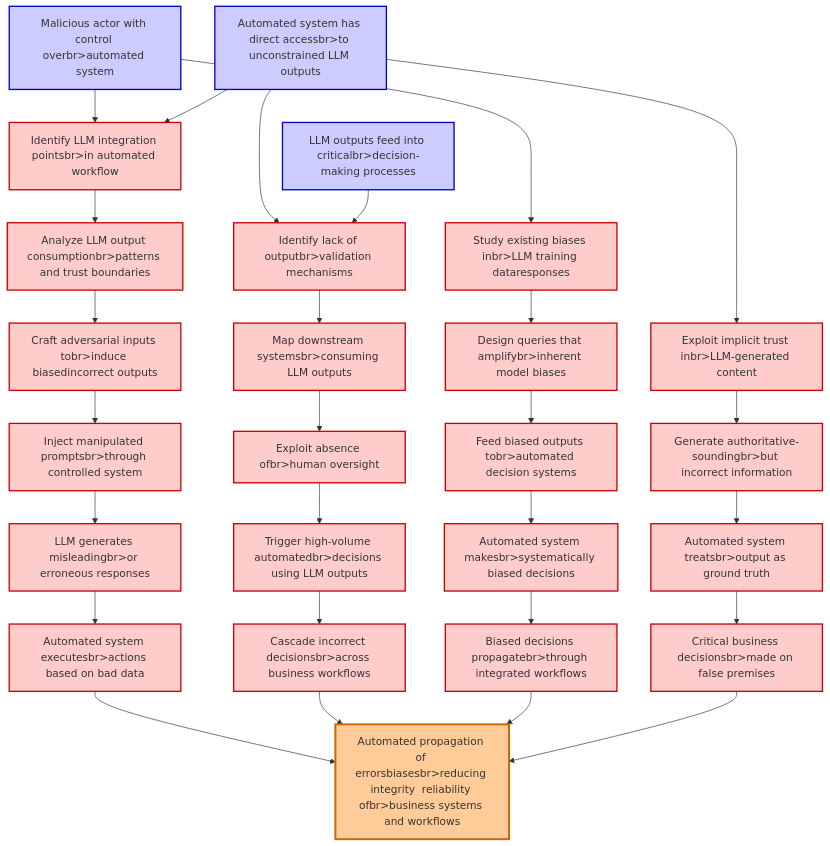
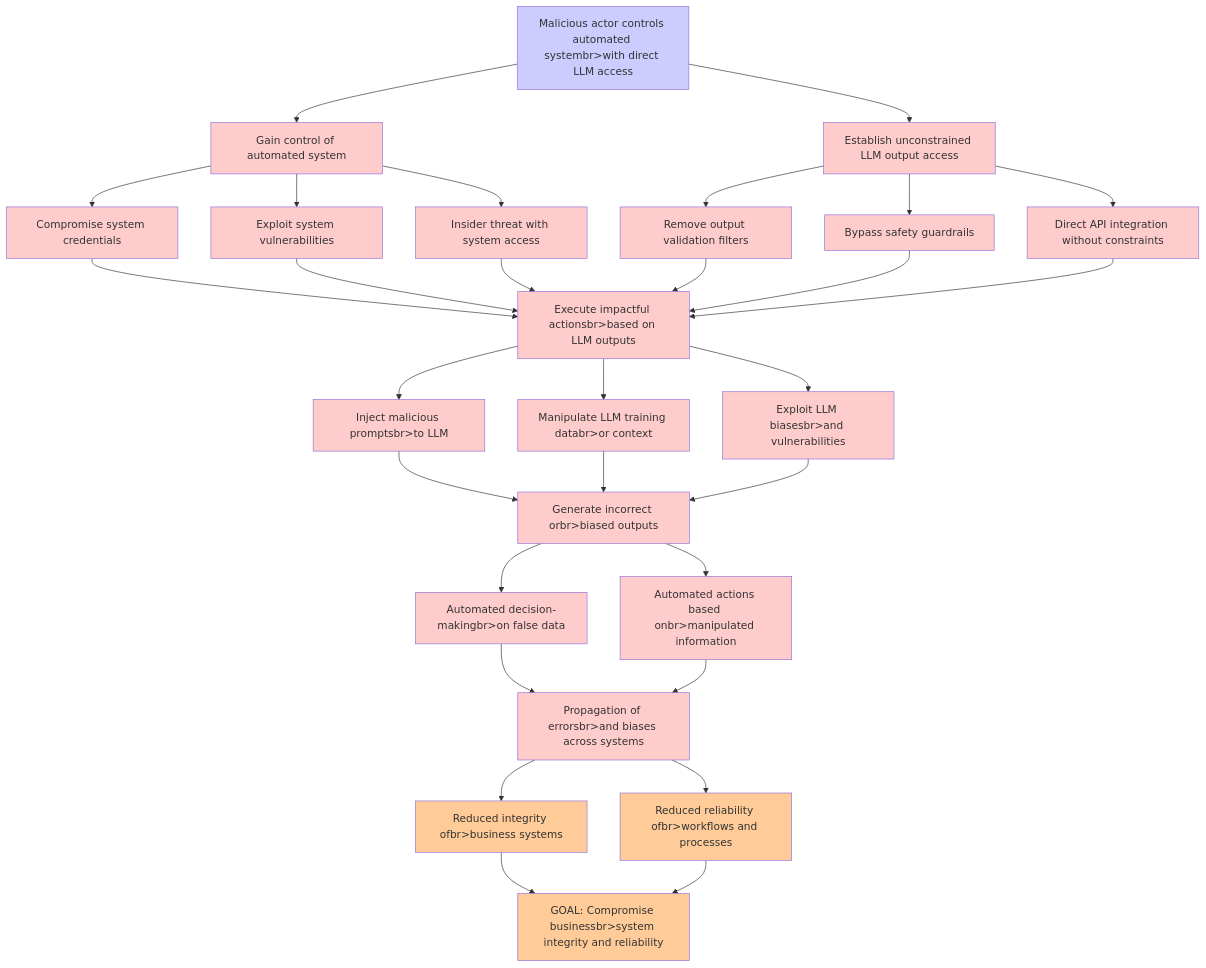
Before and after one commit to aws-samples/sample-agentic-attack-tree-generator: the diagram in sample-applications/genai-chatbot/threatforest/attack_trees/attack_tree_8c24eec4-40be-4f17-888d-f22d37b39724_llm09_misinformation.md, drawn with Mermaid. The commit also changed other lines of this file and 310 other files, not shown here.

````diff
--- a/sample-applications/genai-chatbot/threatforest/attack_trees/attack_tree_8c24eec4-40be-4f17-888d-f22d37b39724_llm09_misinformation.md
+++ b/sample-applications/genai-chatbot/threatforest/attack_trees/attack_tree_8c24eec4-40be-4f17-888d-f22d37b39724_llm09_misinformation.md
@@ -8,46 +8,38 @@
 ```mermaid
 graph TD
-    GOAL[" Automated propagation of errorsbiasesbr>reducing integrity  reliability ofbr>business systems and workflows"]
-    %% Initial Facts/Conditions
-    F1["Malicious actor with control overbr>automated system"]
-    F2["Automated system has direct accessbr>to unconstrained LLM outputs"]
-    F3["LLM outputs feed into criticalbr>decision-making processes"]
-    %% Attack Path 1: Direct Output Manipulation
-    F1 --> A1["Identify LLM integration pointsbr>in automated workflow"]
-    F2 --> A1
-    A1 --> A2["Analyze LLM output consumptionbr>patterns and trust boundaries"]
-    A2 --> A3["Craft adversarial inputs tobr>induce biasedincorrect outputs"]
-    A3 --> A4["Inject manipulated promptsbr>through controlled system"]
-    A4 --> A5["LLM generates misleadingbr>or erroneous responses"]
-    A5 --> A6["Automated system executesbr>actions based on bad data"]
-    A6 --> GOAL
-    %% Attack Path 2: Exploitation of Missing Validation
-    F2 --> B1["Identify lack of outputbr>validation mechanisms"]
-    F3 --> B1
-    B1 --> B2["Map downstream systemsbr>consuming LLM outputs"]
-    B2 --> B3["Exploit absence ofbr>human oversight"]
-    B3 --> B4["Trigger high-volume automatedbr>decisions using LLM outputs"]
-    B4 --> B5["Cascade incorrect decisionsbr>across business workflows"]
-    B5 --> GOAL
-    %% Attack Path 3: Bias Amplification
-    F1 --> C1["Study existing biases inbr>LLM training dataresponses"]
-    C1 --> C2["Design queries that amplifybr>inherent model biases"]
-    C2 --> C3["Feed biased outputs tobr>automated decision systems"]
-    C3 --> C4["Automated system makesbr>systematically biased decisions"]
-    C4 --> C5["Biased decisions propagatebr>through integrated workflows"]
-    C5 --> GOAL
-    %% Attack Path 4: Trust Exploitation
-    F2 --> D1["Exploit implicit trust inbr>LLM-generated content"]
-    D1 --> D2["Generate authoritative-soundingbr>but incorrect information"]
-    D2 --> D3["Automated system treatsbr>output as ground truth"]
-    D3 --> D4["Critical business decisionsbr>made on false premises"]
-    D4 --> GOAL
-    %% Styling
-    classDef attack fill:#ffcccc,stroke:#cc0000,stroke-width:2px
-    classDef goal fill:#ffcc99,stroke:#cc6600,stroke-width:3px
-    classDef fact fill:#ccccff,stroke:#0000cc,stroke-width:2px
-    class F1,F2,F3 fact
-    class A1,A2,A3,A4,A5,A6,B1,B2,B3,B4,B5,C1,C2,C3,C4,C5,D1,D2,D3,D4 attack
-    class GOAL goal
+    A["Malicious actor controls automated systembr>with direct LLM access"] --> B["Gain control of automated system"]
+    A --> C["Establish unconstrained LLM output access"]
+    B --> B1["Compromise system credentials"]
+    B --> B2["Exploit system vulnerabilities"]
+    B --> B3["Insider threat with system access"]
+    C --> C1["Remove output validation filters"]
+    C --> C2["Bypass safety guardrails"]
+    C --> C3["Direct API integration without constraints"]
+    B1 --> D["Execute impactful actionsbr>based on LLM outputs"]
+    B2 --> D
+    B3 --> D
+    C1 --> D
+    C2 --> D
+    C3 --> D
+    D --> E1["Inject malicious promptsbr>to LLM"]
+    D --> E2["Manipulate LLM training databr>or context"]
+    D --> E3["Exploit LLM biasesbr>and vulnerabilities"]
+    E1 --> F["Generate incorrect orbr>biased outputs"]
+    E2 --> F
+    E3 --> F
+    F --> G1["Automated decision-makingbr>on false data"]
+    F --> G2["Automated actions based onbr>manipulated information"]
+    G1 --> H["Propagation of errorsbr>and biases across systems"]
+    G2 --> H
+    H --> I["Reduced integrity ofbr>business systems"]
+    H --> J["Reduced reliability ofbr>workflows and processes"]
+    I --> K["GOAL: Compromise businessbr>system integrity and reliability"]
+    J --> K
+    classDef fact fill:#ccccff
+    classDef attack fill:#ffcccc
+    classDef goal fill:#ffcc99
+    class A fact
+    class B,B1,B2,B3,C,C1,C2,C3,D,E1,E2,E3,F,G1,G2,H attack
+    class I,J,K goal
     classDef mitigation fill:#ccffcc
 ```
````
